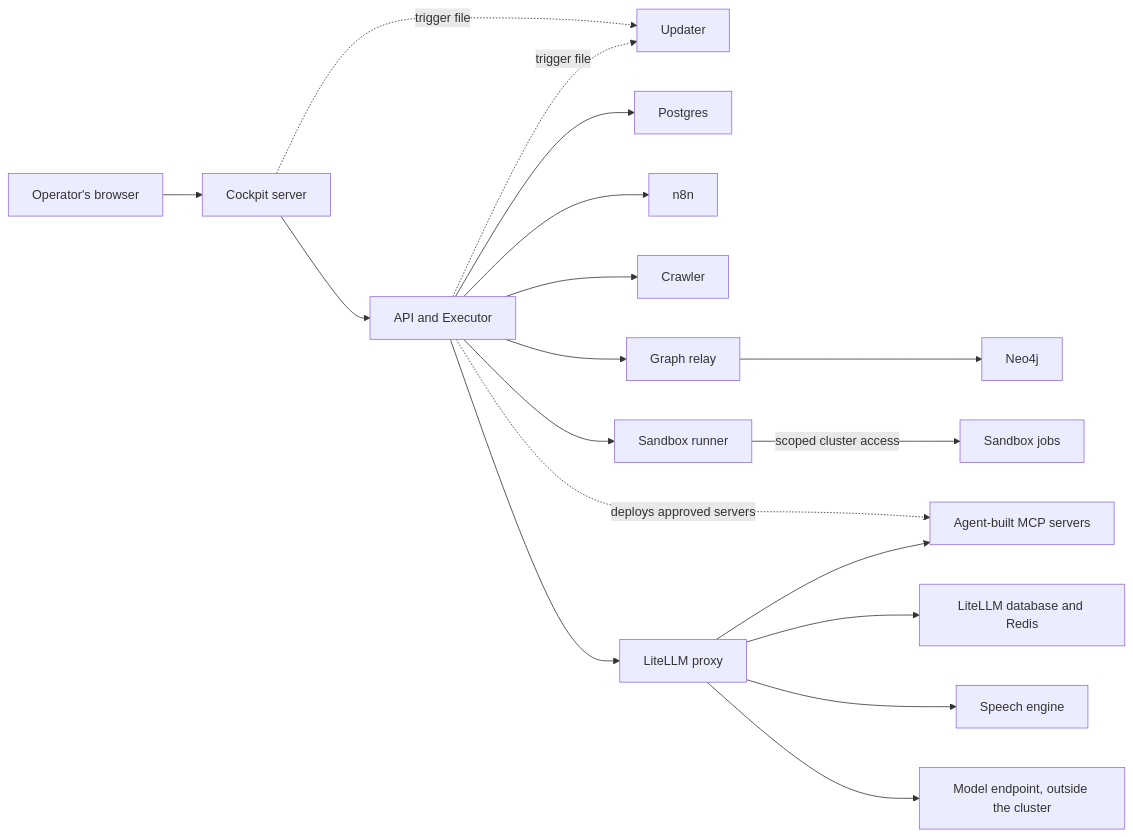
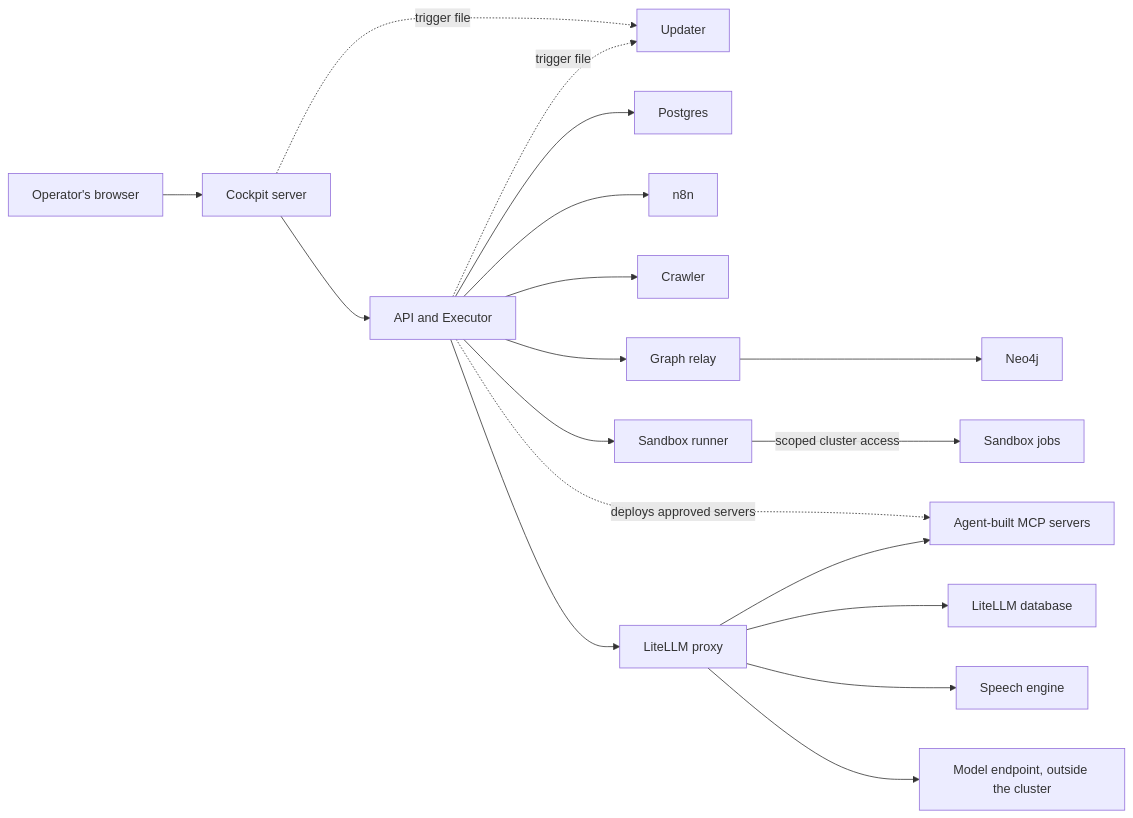
The second of 3 diagrams in docs/diagrams/deployment.md (codyandrson/central-command), drawn with Mermaid before and after one commit. The commit also changed other lines of this file and 39 other files, not shown here.

````diff
--- a/docs/diagrams/deployment.md
+++ b/docs/diagrams/deployment.md
@@ -111,20 +109,20 @@
 ```mermaid
 flowchart LR
     Browser["Operator's browser"] --> Cockpit["Cockpit server"]
     Cockpit --> API["API and Executor"]
     Cockpit -.->|"trigger file"| Updater["Updater"]
     API -.->|"trigger file"| Updater
 
     API --> PG["Postgres"]
     API --> N8n["n8n"]
     API --> Crawler["Crawler"]
     API --> Relay["Graph relay"] --> Neo["Neo4j"]
     API --> Runner["Sandbox runner"] -->|"scoped cluster access"| Sandbox["Sandbox jobs"]
     API -.->|"deploys approved servers"| MCP["Agent-built MCP servers"]
     API --> LLM["LiteLLM proxy"]
 
-    LLM --> LLMDB["LiteLLM database and Redis"]
+    LLM --> LLMDB["LiteLLM database"]
     LLM --> Speech["Speech engine"]
     LLM --> MCP
     LLM --> Upstream["Model endpoint, outside the cluster"]
 ```
````
